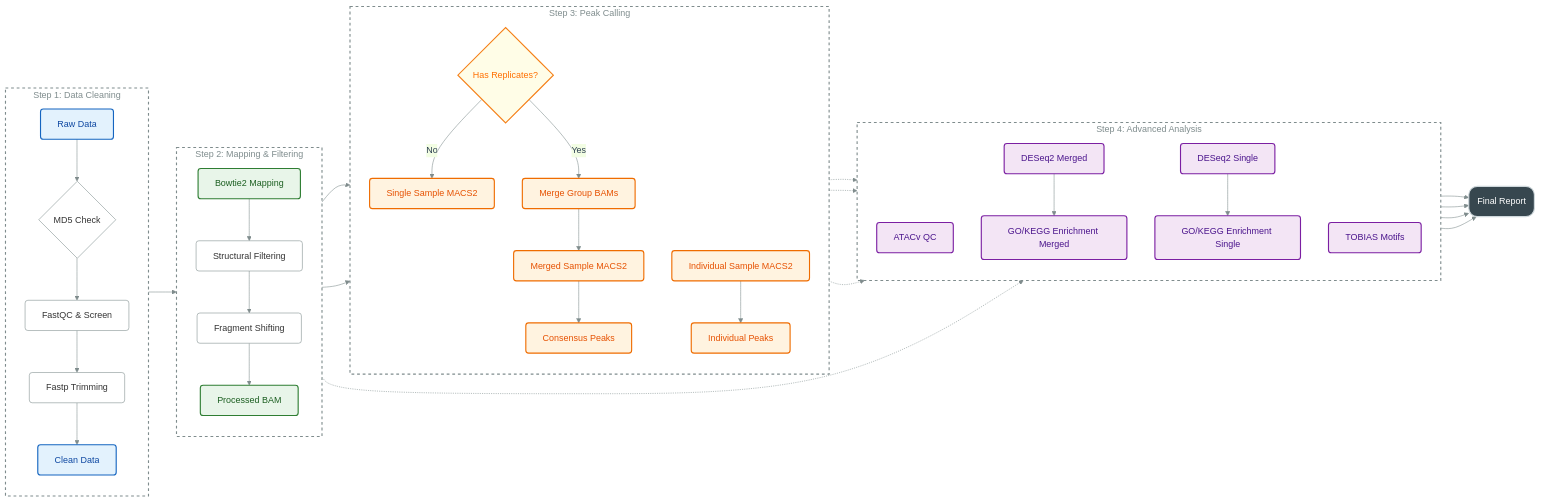
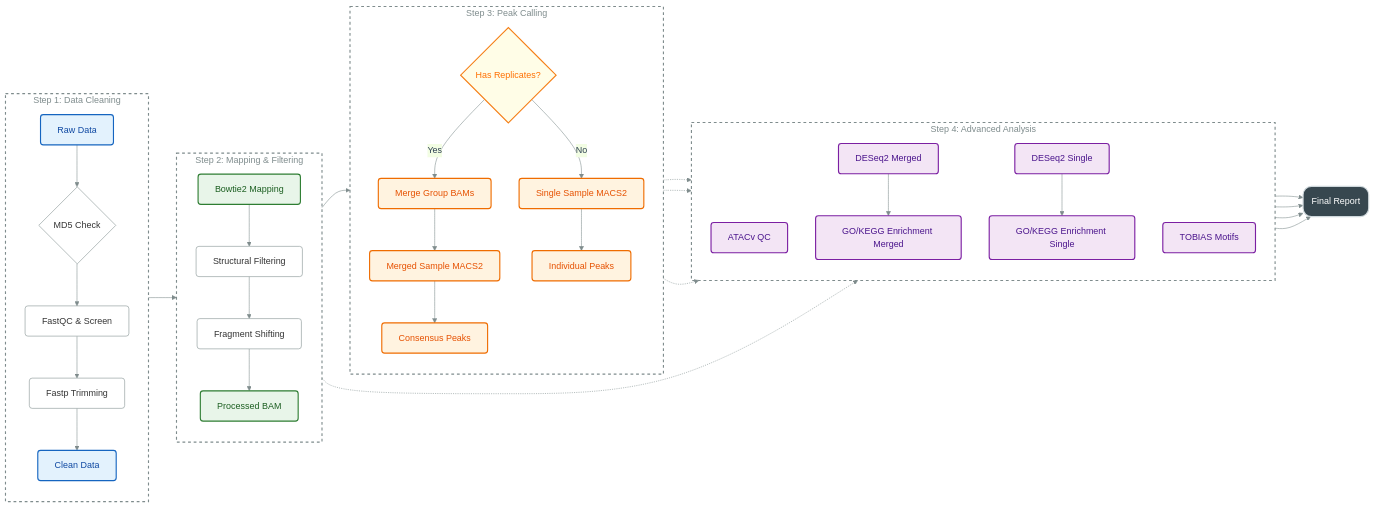
Before and after one commit to xsx123123/ATACFlow: the diagram in README.md, drawn with Mermaid.

Commit message:
ATACFlow v0.0.3 update readme

```diff
--- a/README.md
+++ b/README.md
@@ -81,9 +81,8 @@
         HasRep -->|No| SingleMACS2[Single Sample MACS2]:::core
         HasRep -->|Yes| MergeBAM[Merge Group BAMs]:::core
         MergeBAM --> MergeMACS2[Merged Sample MACS2]:::core
-        BAM --> IndividualMACS2[Individual Sample MACS2]:::core
         MergeMACS2 --> Consensus[Consensus Peaks]:::core
-        IndividualMACS2 --> IndividualPeaks[Individual Peaks]:::core
+        SingleMACS2 --> IndividualPeaks[Individual Peaks]:::core
     end
 
     %% 4. 高级分析 %%
```
